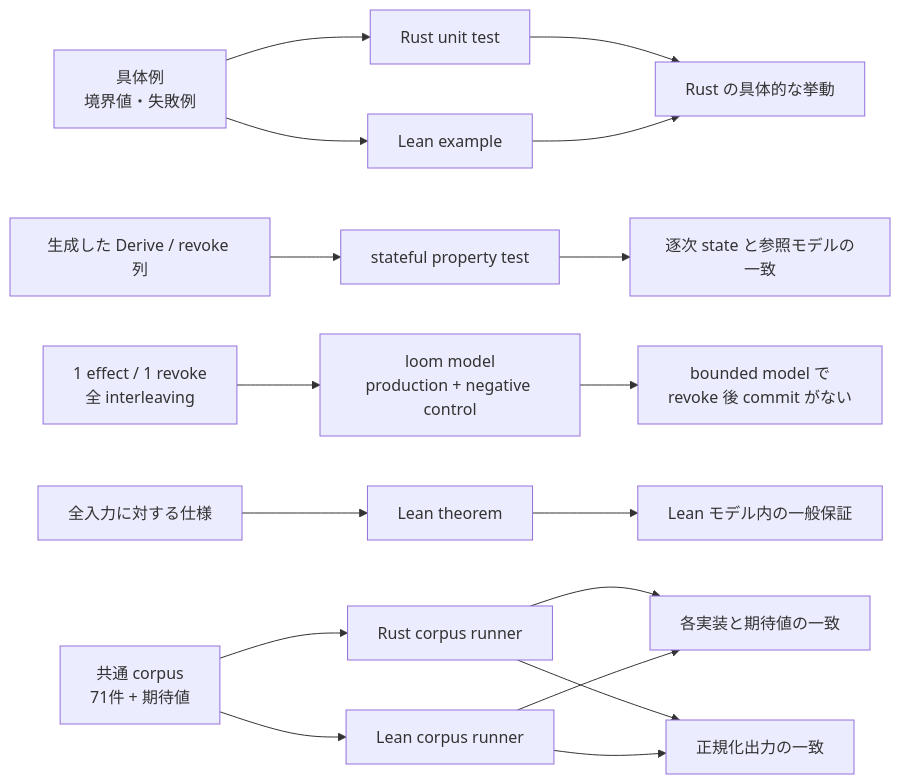
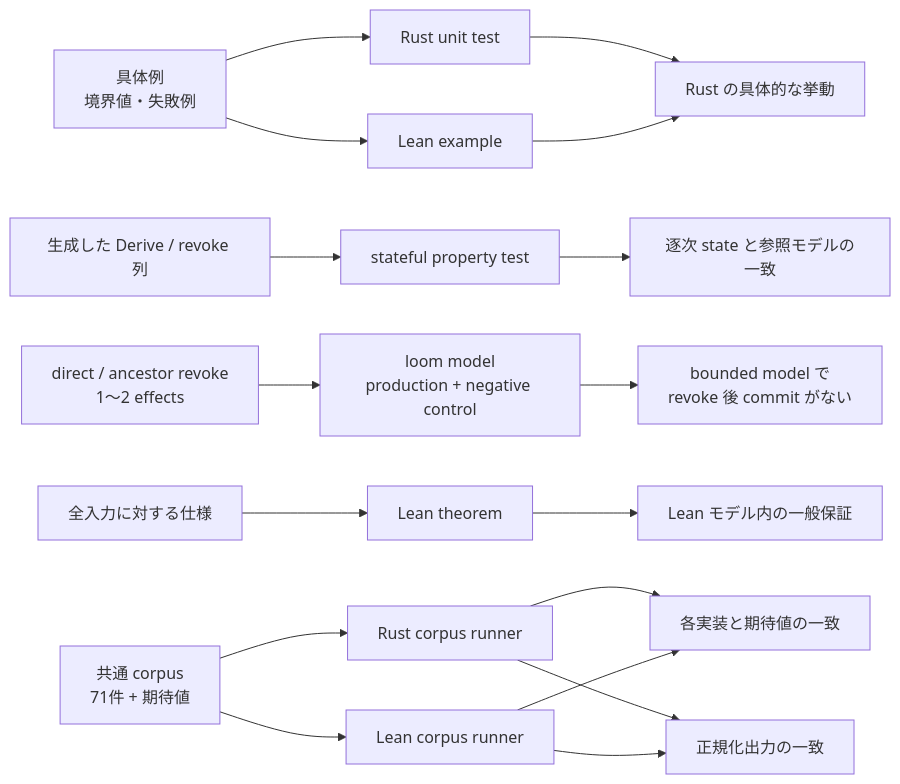
The diagram in docs/authority-core/verification.md (Aqua-218/SecCamp-AIAgent), drawn with Mermaid before and after one commit. The commit also changed other lines of this file and 12 other files, not shown here.

````diff
--- a/docs/authority-core/verification.md
+++ b/docs/authority-core/verification.md
@@ -22,20 +22,20 @@
 ```mermaid
 flowchart LR
     examples["具体例<br/>境界値・失敗例"] --> rust["Rust unit test"]
     sequences["生成した Derive / revoke 列"] --> property["stateful property test"]
-    races["1 effect / 1 revoke<br/>全 interleaving"] --> loom["loom model<br/>production + negative control"]
+    races["direct / ancestor revoke<br/>1〜2 effects"] --> loom["loom model<br/>production + negative control"]
     examples --> leanExample["Lean example"]
     spec["全入力に対する仕様"] --> theorem["Lean theorem"]
     corpus["共通 corpus<br/>71件 + 期待値"] --> rustRunner["Rust corpus runner"]
     corpus --> leanRunner["Lean corpus runner"]
 
     rust --> confidence["Rust の具体的な挙動"]
     property --> stateConfidence["逐次 state と参照モデルの一致"]
     loom --> raceConfidence["bounded model で<br/>revoke 後 commit がない"]
     leanExample --> confidence
     theorem --> guarantee["Lean モデル内の一般保証"]
     rustRunner --> oracle["各実装と期待値の一致"]
     leanRunner --> oracle
     rustRunner --> diff["正規化出力の一致"]
     leanRunner --> diff
 ```
````
